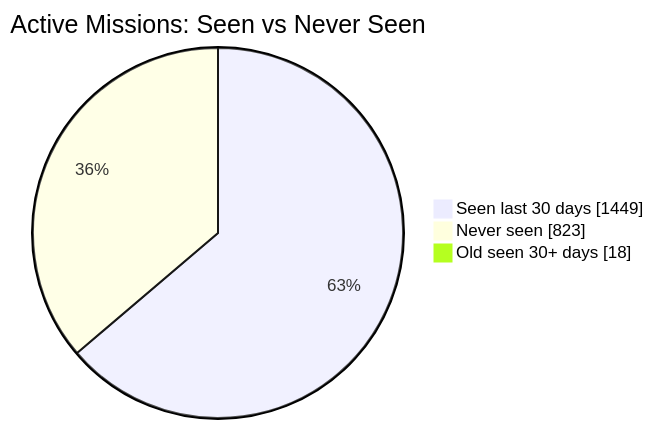
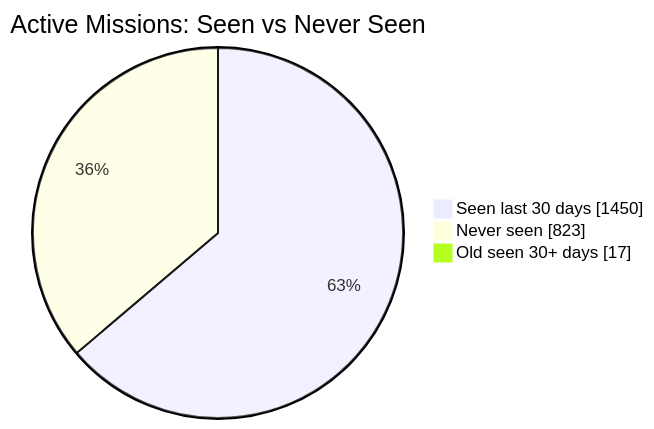
One commit to MeldkamerspelGameTeam/active-missions changed the first of 2 diagrams in README.md. Above: the diagram before and after it, drawn with Mermaid. The commit also changed other lines of this file and 3 other files, not shown here.

````diff
--- a/README.md
+++ b/README.md
@@ -34,7 +34,7 @@
 ```mermaid
 pie showData
     title Active Missions: Seen vs Never Seen
-    "Seen last 30 days" : 1449
+    "Seen last 30 days" : 1450
     "Never seen" : 823
-    "Old seen 30+ days" : 18
+    "Old seen 30+ days" : 17
 ```
````
